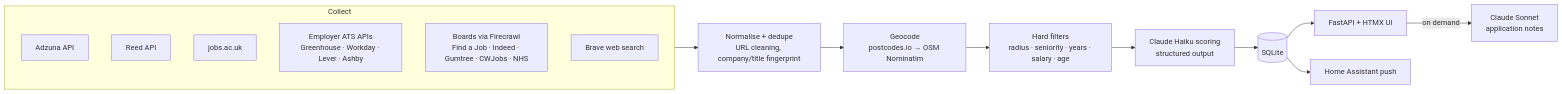
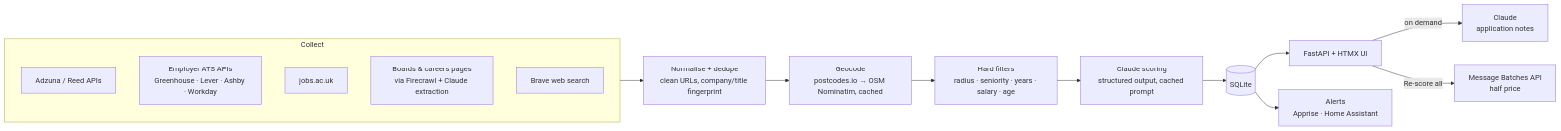
One commit to Spuddy10345/job-scout changed the diagram in README.md. Above: the diagram before and after it, drawn with Mermaid. The commit also changed other lines of this file and 8 other files, not shown here.

````diff
--- a/README.md
+++ b/README.md
@@ -20,15 +53,16 @@
 ```mermaid
 flowchart LR
   subgraph Collect
-    A[Adzuna API] & R[Reed API] & U[jobs.ac.uk] & W[Employer ATS APIs<br/>Greenhouse · Workday · Lever · Ashby]
-    F[Boards via Firecrawl<br/>Find a Job · Indeed · Gumtree · CWJobs · NHS] & B[Brave web search]
+    A[Adzuna / Reed APIs] & W[Employer ATS APIs<br/>Greenhouse · Lever · Ashby · Workday] & U[jobs.ac.uk]
+    F[Boards & careers pages<br/>via Firecrawl + Claude extraction] & B[Brave web search]
   end
-  Collect --> N[Normalise + dedupe<br/>URL cleaning, company/title fingerprint]
-  N --> G[Geocode<br/>postcodes.io → OSM Nominatim]
+  Collect --> N[Normalise + dedupe<br/>clean URLs, company/title fingerprint]
+  N --> G[Geocode<br/>postcodes.io → OSM Nominatim, cached]
   G --> H[Hard filters<br/>radius · seniority · years · salary · age]
-  H --> S[Claude Haiku scoring<br/>structured output]
+  H --> S[Claude scoring<br/>structured output, cached prompt]
   S --> DB[(SQLite)]
   DB --> UI[FastAPI + HTMX UI]
-  DB --> HA[Home Assistant push]
-  UI -- on demand --> C[Claude Sonnet<br/>application notes]
+  DB --> AL[Alerts<br/>Apprise · Home Assistant]
+  UI -- on demand --> C[Claude<br/>application notes]
+  UI -- Re-score all --> BA[Message Batches API<br/>half price]
 ```
````
